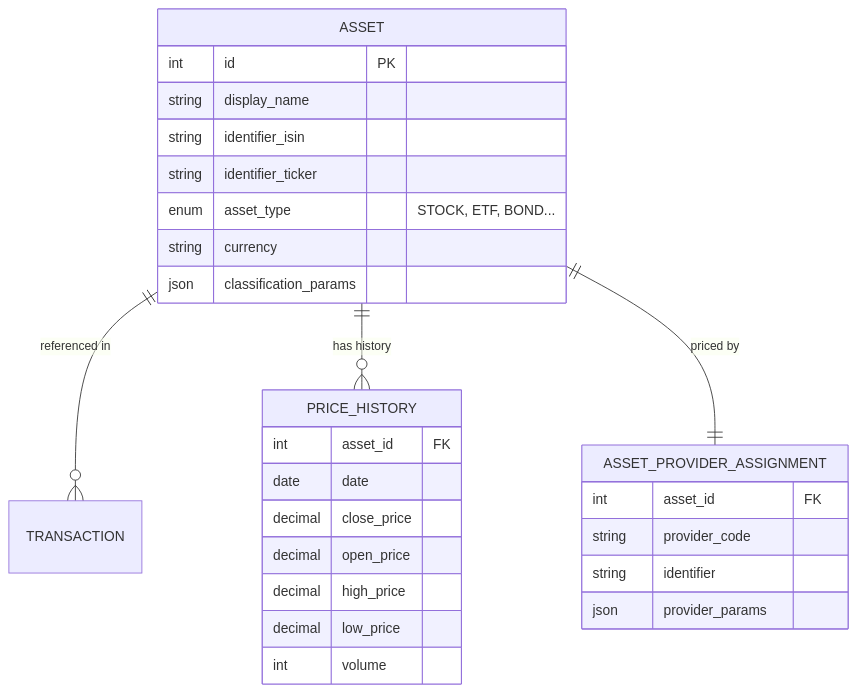
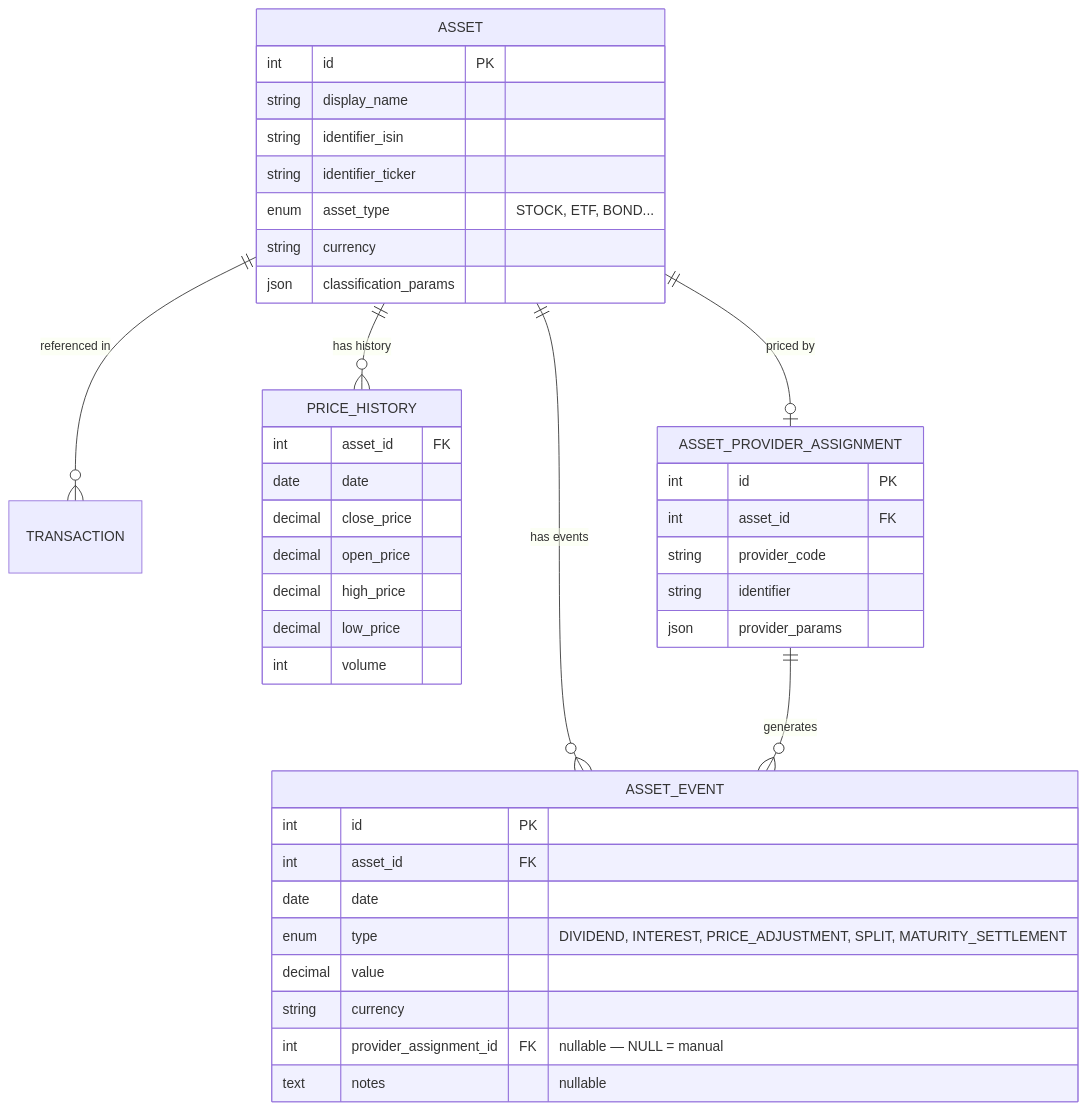
The diagram in mkdocs_src/docs/developer/architecture/database/assets_pricing.md (Librefolio/LibreFolio), drawn with Mermaid before and after one commit. The commit also changed other lines of this file and 37 other files, not shown here.

````diff
--- a/mkdocs_src/docs/developer/architecture/database/assets_pricing.md
+++ b/mkdocs_src/docs/developer/architecture/database/assets_pricing.md
@@ -7,33 +7,47 @@
 ```mermaid
 erDiagram
     ASSET ||--o{ TRANSACTION : "referenced in"
     ASSET ||--o{ PRICE_HISTORY : "has history"
-    ASSET ||--|| ASSET_PROVIDER_ASSIGNMENT : "priced by"
+    ASSET ||--o| ASSET_PROVIDER_ASSIGNMENT : "priced by"
+    ASSET ||--o{ ASSET_EVENT : "has events"
+    ASSET_PROVIDER_ASSIGNMENT ||--o{ ASSET_EVENT : "generates"
 
     ASSET {
         int id PK
         string display_name
         string identifier_isin
         string identifier_ticker
         enum asset_type "STOCK, ETF, BOND..."
         string currency
         json classification_params
     }
 
     PRICE_HISTORY {
         int asset_id FK
         date date
         decimal close_price
         decimal open_price
         decimal high_price
         decimal low_price
         int volume
     }
 
     ASSET_PROVIDER_ASSIGNMENT {
+        int id PK
         int asset_id FK
         string provider_code
         string identifier
         json provider_params
     }
+
+    ASSET_EVENT {
+        int id PK
+        int asset_id FK
+        date date
+        enum type "DIVIDEND, INTEREST, PRICE_ADJUSTMENT, SPLIT, MATURITY_SETTLEMENT"
+        decimal value
+        string currency
+        int provider_assignment_id FK "nullable — NULL = manual"
+        text notes "nullable"
+    }
 ```
````
